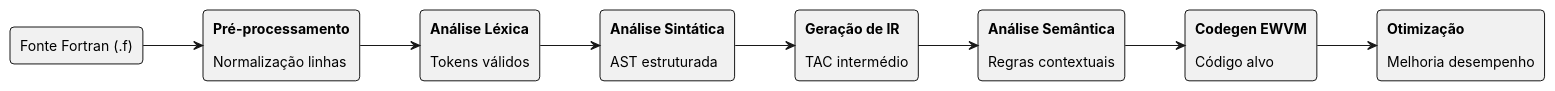
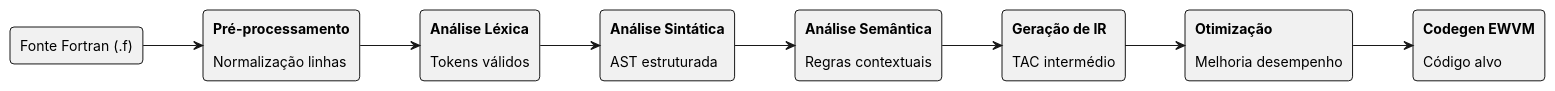
One commit to beatriz0freitas/PL-G37 changed the diagram in docs/diagrams/pipeline.plantuml. Above: the diagram before and after it, drawn with PlantUML. The commit also changed 28 other files, not shown here.

```diff
--- a/docs/diagrams/pipeline.plantuml
+++ b/docs/diagrams/pipeline.plantuml
@@ -1,40 +1,40 @@
 @startuml pipeline
 left to right direction
 skinparam monochrome true
 skinparam shadowing false
 skinparam defaultFontName Inter
 skinparam ArrowThickness 1.2
 skinparam roundCorner 8
 skinparam packageStyle rectangle
 skinparam rectangle {
   BorderThickness 1
 }
 skinparam note {
   BorderThickness 1
 }
 
 rectangle "Fonte Fortran (.f)" as SRC
 
 rectangle "<b>Pré-processamento</b>\n\nNormalização linhas" as PRE
 
 rectangle "<b>Análise Léxica</b>\n\nTokens válidos" as LEX
 
 rectangle "<b>Análise Sintática</b>\n\nAST estruturada" as PAR
 
+rectangle "<b>Análise Semântica</b>\n\nRegras contextuais" as SEM
+
 rectangle "<b>Geração de IR</b>\n\nTAC intermédio" as IR
 
-rectangle "<b>Análise Semântica</b>\n\nRegras contextuais" as SEM
+rectangle "<b>Otimização</b>\n\nMelhoria desempenho" as OPT
 
 rectangle "<b>Codegen EWVM</b>\n\nCódigo alvo" as CG
-
-rectangle "<b>Otimização</b>\n\nMelhoria desempenho" as OPT
 
 SRC --> PRE
 PRE --> LEX
 LEX --> PAR
-PAR --> IR
-IR --> SEM
-SEM --> CG
-CG --> OPT
+PAR --> SEM
+SEM --> IR
+IR --> OPT
+OPT --> CG
 
 @enduml
```
